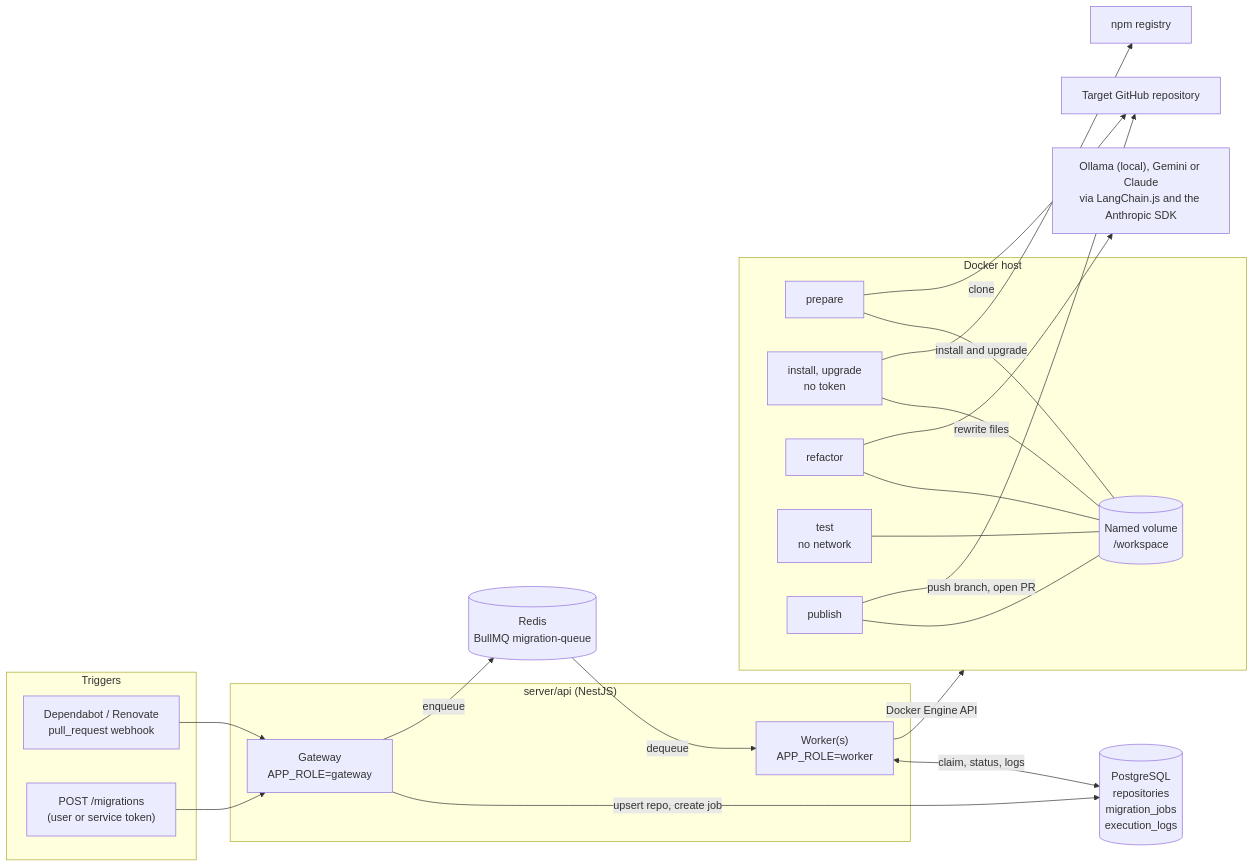
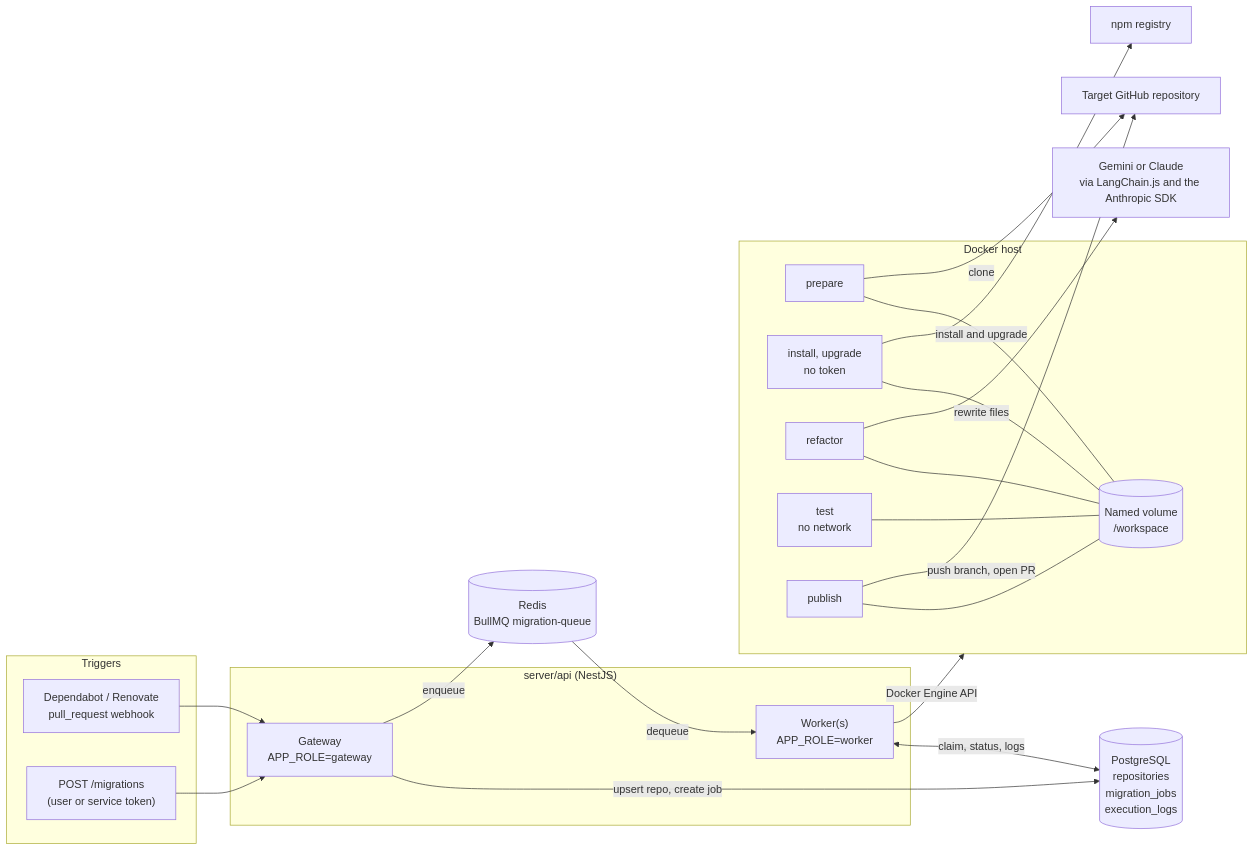
The first of 6 diagrams in README.md (kiet08hogit/SyncLab), drawn with Mermaid before and after one commit. The commit also changed other lines of this file and 31 other files, not shown here.

Commit message:
drop the local Ollama provider and default LLM_PROVIDER to gemini

````diff
--- a/README.md
+++ b/README.md
@@ -34,41 +34,41 @@
 ```mermaid
 flowchart LR
     subgraph Triggers
         GH["Dependabot / Renovate<br/>pull_request webhook"]
         API["POST /migrations<br/>(user or service token)"]
     end
 
     subgraph Server["server/api (NestJS)"]
         GW["Gateway<br/>APP_ROLE=gateway"]
         WK["Worker(s)<br/>APP_ROLE=worker"]
     end
 
     PG[("PostgreSQL<br/>repositories<br/>migration_jobs<br/>execution_logs")]
     RD[("Redis<br/>BullMQ migration-queue")]
 
     subgraph Docker["Docker host"]
         VOL[("Named volume<br/>/workspace")]
         P["prepare"]
         I["install, upgrade<br/>no token"]
         R["refactor"]
         T["test<br/>no network"]
         PB["publish"]
     end
 
-    LLM["Ollama (local), Gemini or Claude<br/>via LangChain.js and the Anthropic SDK"]
+    LLM["Gemini or Claude<br/>via LangChain.js and the Anthropic SDK"]
     NPM["npm registry"]
     REPO["Target GitHub repository"]
 
     GH --> GW
     API --> GW
     GW -->|"upsert repo, create job"| PG
     GW -->|"enqueue"| RD
     RD -->|"dequeue"| WK
     WK <-->|"claim, status, logs"| PG
     WK -->|"Docker Engine API"| Docker
     P & I & R & T & PB --- VOL
     P -->|"clone"| REPO
     I -->|"install and upgrade"| NPM
     R -->|"rewrite files"| LLM
     PB -->|"push branch, open PR"| REPO
 ```
````
